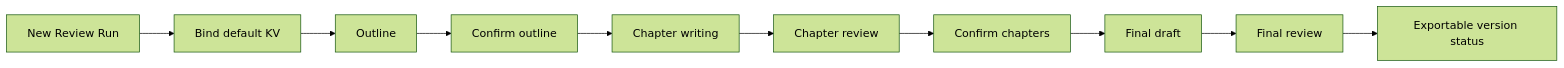
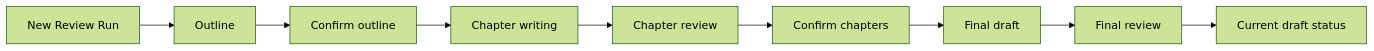
Before and after one commit to haoyanzhen/ResearchPaperBase: the second of 2 diagrams in docs/design/03-03_ui_research_review_appendix.md, drawn with Mermaid (forest theme). The commit also changed other lines of this file and 172 other files, not shown here.

````diff
--- a/docs/design/03-03_ui_research_review_appendix.md
+++ b/docs/design/03-03_ui_research_review_appendix.md
@@ -199,12 +199,11 @@
 ```mermaid
 flowchart LR
-  A["New Review Run"] --> B["Bind default KV"]
-  B --> C["Outline"]
+  A["New Review Run"] --> C["Outline"]
   C --> D["Confirm outline"]
   D --> E["Chapter writing"]
   E --> F["Chapter review"]
   F --> G["Confirm chapters"]
   G --> H["Final draft"]
   H --> I["Final review"]
-  I --> J["Exportable version status"]
+  I --> J["Current draft status"]
 ```
````
